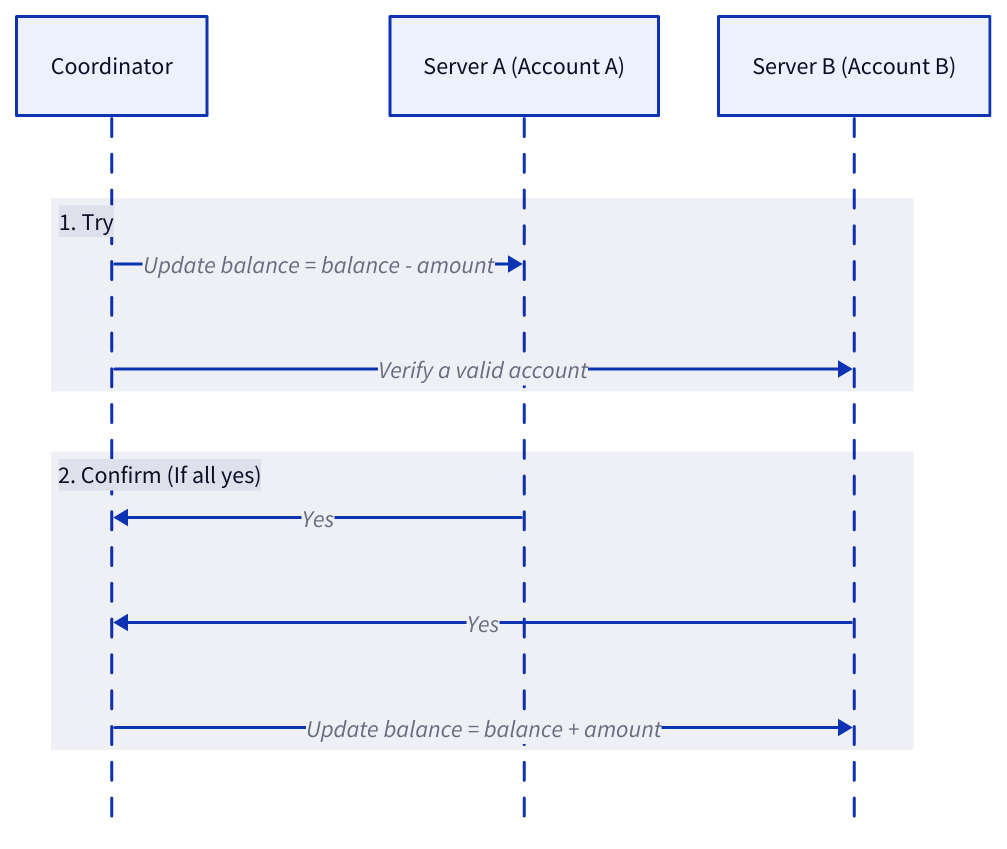
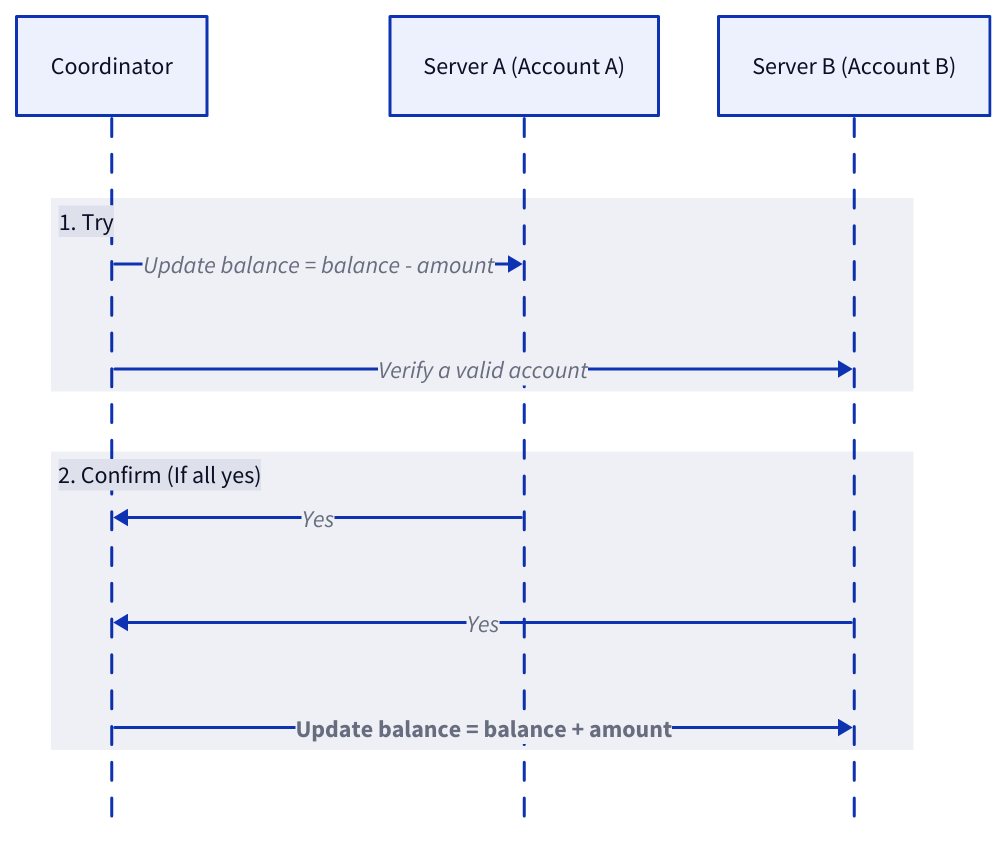
One commit to link1905/system-design-101 changed the second of 21 diagrams in content/docs/design-patterns/distributed-transaction/compensation-protocols.md. Above: the diagram before and after it, drawn with D2. The commit also changed other lines of this file and 12 other files, not shown here.

````diff
--- a/content/docs/design-patterns/distributed-transaction/compensation-protocols.md
+++ b/content/docs/design-patterns/distributed-transaction/compensation-protocols.md
@@ -72,24 +72,26 @@
 ```d2
 shape: sequence_diagram
 
 c: Coordinator {
     class: server
 }
 s1: Server A (Account A) {
     class: db
 }
 s2: Server B (Account B) {
     class: db
 }
 
 "1. Try" {
     c -> s1: Update balance = balance - amount
     c -> s2: Verify a valid account
 }
 
 "2. Confirm (If all yes)" {
     s1 -> c: Yes
     s2 -> c: Yes
-    c -> s2: Update balance = balance + amount
+    c -> s2: Update balance = balance + amount {
+        style.bold: true
+    }
 }
 ```
````
